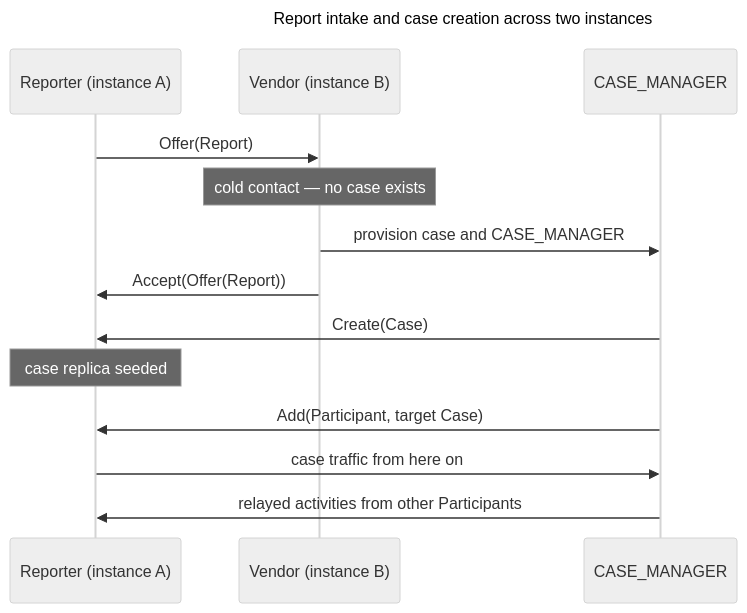
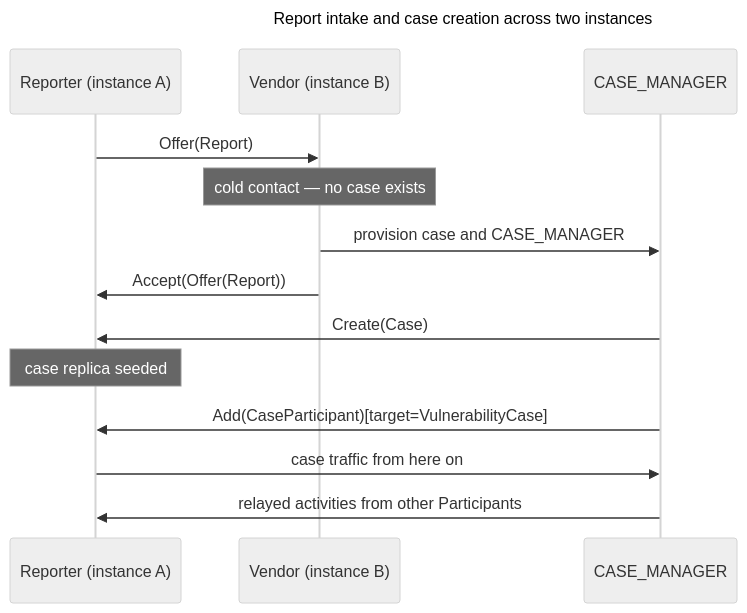
The second of 2 diagrams in docs/topics/future_work/federation.md (CERTCC/Vultron), drawn with Mermaid (neutral theme) before and after one commit. The commit also changed 50 other files, not shown here.

````diff
--- a/docs/topics/future_work/federation.md
+++ b/docs/topics/future_work/federation.md
@@ -142,18 +142,18 @@
 ```mermaid
 ---
 title: Report intake and case creation across two instances
 ---
 sequenceDiagram
     participant A as Reporter (instance A)
     participant B as Vendor (instance B)
     participant CM as CASE_MANAGER
     A->>B: Offer(Report)
     Note over B: cold contact — no case exists
     B->>CM: provision case and CASE_MANAGER
     B->>A: Accept(Offer(Report))
     CM->>A: Create(Case)
     Note over A: case replica seeded
-    CM->>A: Add(Participant, target Case)
+    CM->>A: Add(CaseParticipant)[target=VulnerabilityCase]
     A->>CM: case traffic from here on
     CM->>A: relayed activities from other Participants
 ```
````
